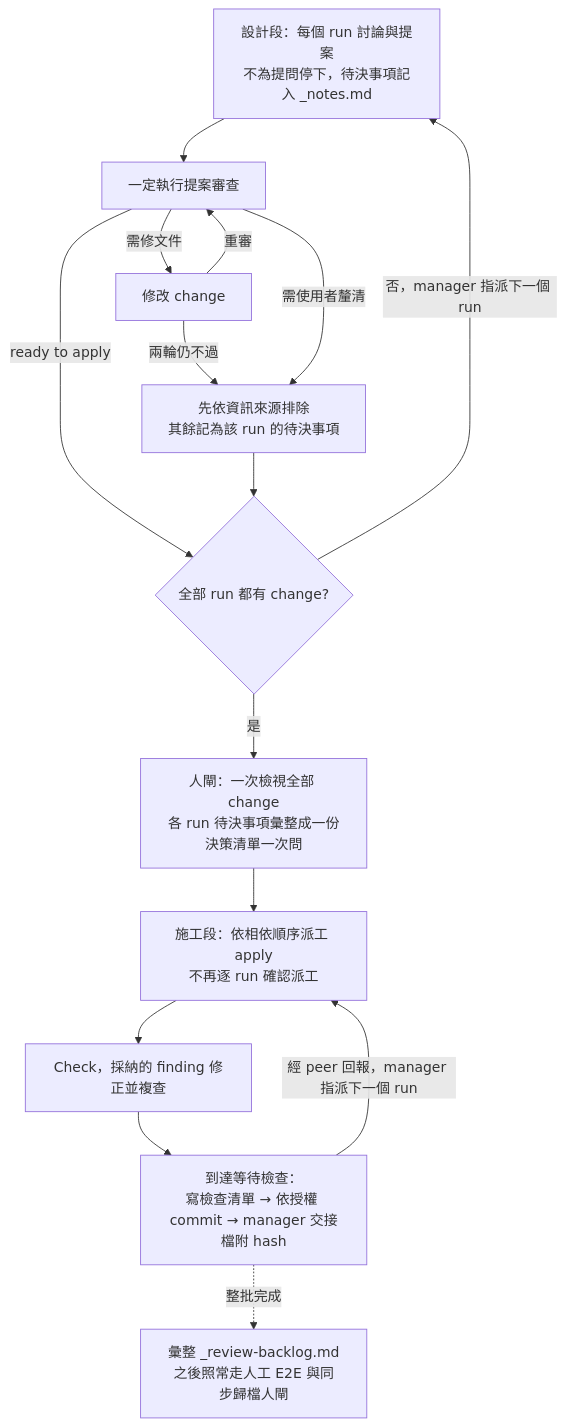
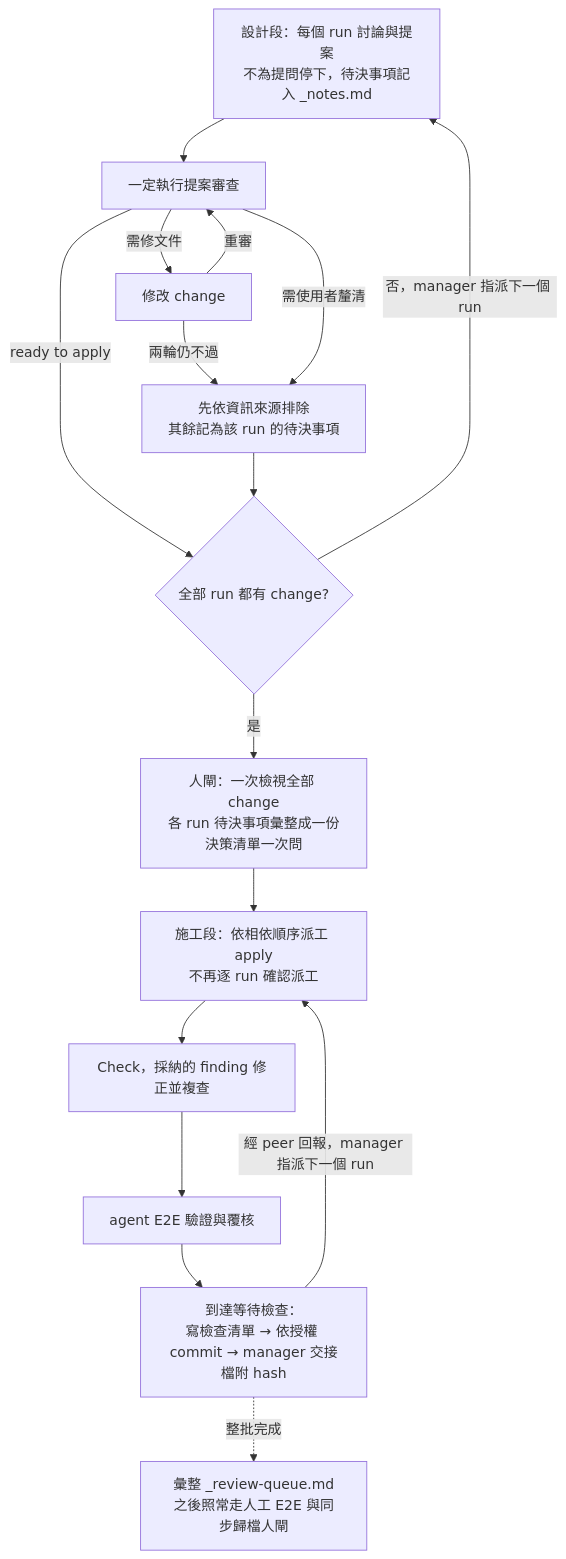
One commit to nekojuice/.agents changed the second of 3 diagrams in orchestrator-factory-readme.md. Above: the diagram before and after it, drawn with Mermaid. The commit also changed other lines of this file and 12 other files, not shown here.

First line of the commit message:
feat(skill): factory 插入 agent E2E review 並拆分跨 run 清單

````diff
--- a/orchestrator-factory-readme.md
+++ b/orchestrator-factory-readme.md
@@ -126,17 +136,18 @@
 ```mermaid
 flowchart TD
   P[設計段：每個 run 討論與提案<br/>不為提問停下，待決事項記入 _notes.md] --> R[一定執行提案審查]
   R -- 需修文件 --> FX[修改 change]
   FX -- 重審 --> R
   FX -- 兩輪仍不過 --> L
   R -- 需使用者釐清 --> L[先依資訊來源排除<br/>其餘記為該 run 的待決事項]
   R -- ready to apply --> N1{全部 run 都有 change?}
   L --> N1
   N1 -- 否，manager 指派下一個 run --> P
   N1 -- 是 --> G[人閘：一次檢視全部 change<br/>各 run 待決事項彙整成一份決策清單一次問]
   G --> AP[施工段：依相依順序派工 apply<br/>不再逐 run 確認派工]
   AP --> CK[Check，採納的 finding 修正並複查]
-  CK --> E[到達等待檢查：<br/>寫檢查清單 → 依授權 commit → manager 交接檔附 hash]
+  CK --> AE[agent E2E 驗證與覆核]
+  AE --> E[到達等待檢查：<br/>寫檢查清單 → 依授權 commit → manager 交接檔附 hash]
   E -- 經 peer 回報，manager 指派下一個 run --> AP
-  E -. 整批完成 .-> B[彙整 _review-backlog.md<br/>之後照常走人工 E2E 與同步歸檔人閘]
+  E -. 整批完成 .-> B[彙整 _review-queue.md<br/>之後照常走人工 E2E 與同步歸檔人閘]
 ```
````
